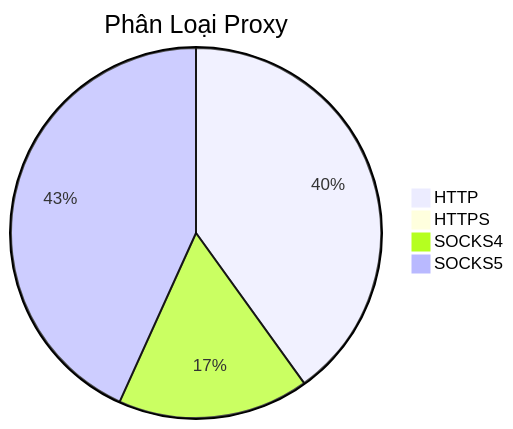
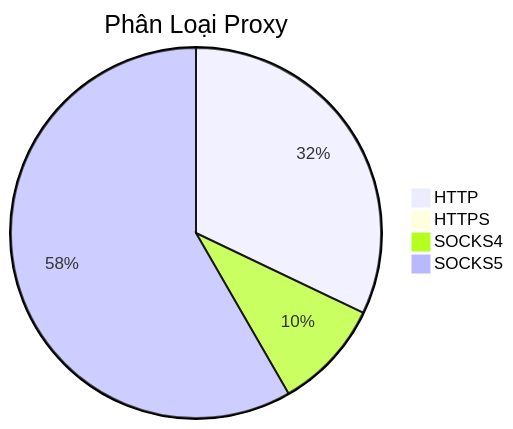
One commit to Ciara-12/PROXY-free changed the diagram in README.md. Above: the diagram before and after it, drawn with Mermaid. The commit also changed other lines of this file and 4 other files, not shown here.

````diff
--- a/README.md
+++ b/README.md
@@ -26,7 +26,7 @@
 ```mermaid
 pie title Phân Loại Proxy
-    "HTTP" : 708
-    "HTTPS" : 0
-    "SOCKS4" : 295
-    "SOCKS5" : 764
+    "HTTP" : 846
+    "HTTPS" : 1
+    "SOCKS4" : 253
+    "SOCKS5" : 1538
 ```
````
